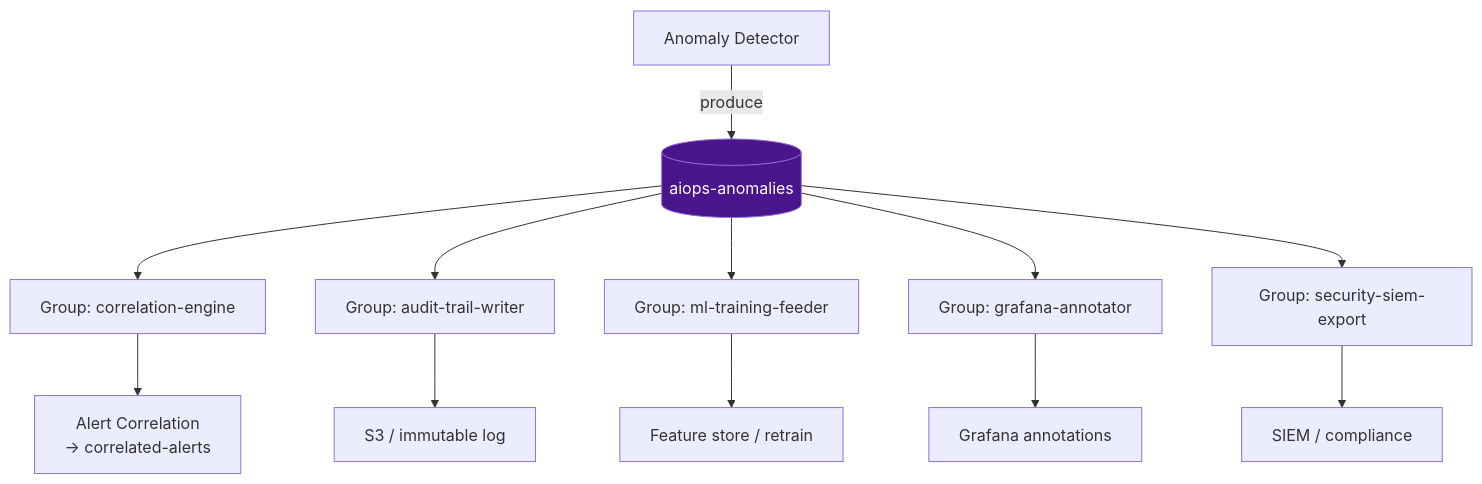
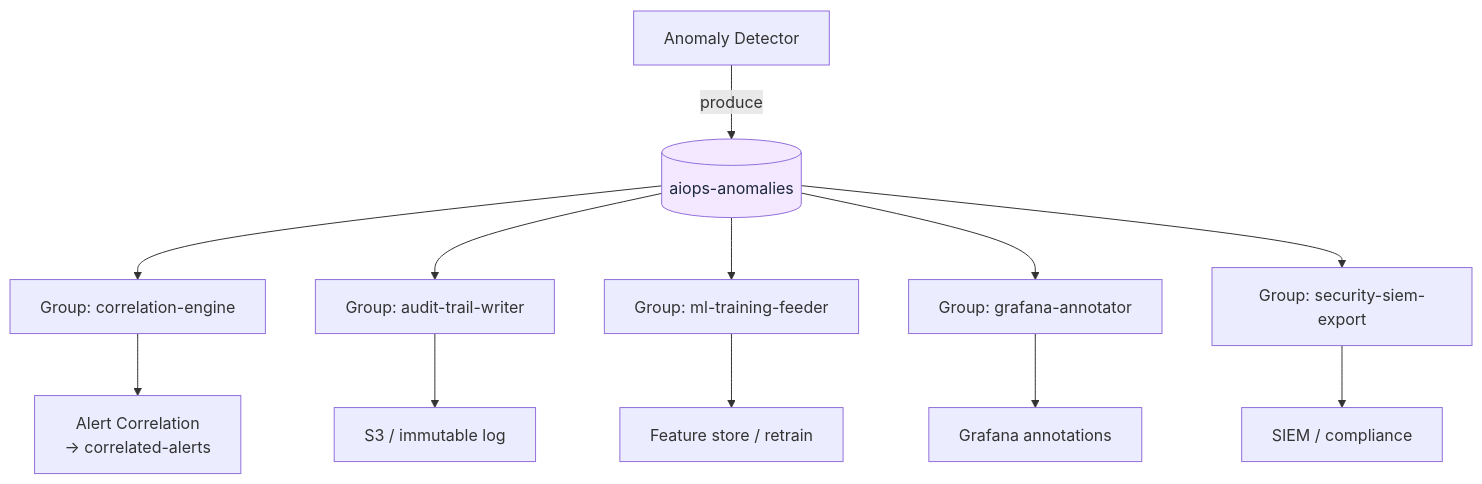
The ninth of 10 diagrams in docs/vi/07-kafka/README.vi.md (XUanhoa04/aiops-engineering-handbook), drawn with Mermaid before and after one commit. The commit also changed other lines of this file and 39 other files, not shown here.

First line of the commit message:
docs: concept-first Ch.08-12, collapse code, soft Mermaid colors

````diff
--- a/docs/vi/07-kafka/README.vi.md
+++ b/docs/vi/07-kafka/README.vi.md
@@ -1568,18 +1568,18 @@
 ```mermaid
 graph TD
     AD[Anomaly Detector] -->|produce| T[(aiops-anomalies)]
 
     T --> G1[Group: correlation-engine]
     T --> G2[Group: audit-trail-writer]
     T --> G3[Group: ml-training-feeder]
     T --> G4[Group: grafana-annotator]
     T --> G5[Group: security-siem-export]
 
     G1 --> CORR[Alert Correlation\n→ correlated-alerts]
     G2 --> S3[S3 / immutable log]
     G3 --> FEAT[Feature store / retrain]
     G4 --> GRAF[Grafana annotations]
     G5 --> SIEM[SIEM / compliance]
 
-    style T fill:#4a148c,color:#fff
+    style T fill:#f3e8ff,color:#1e293b
 ```
````
